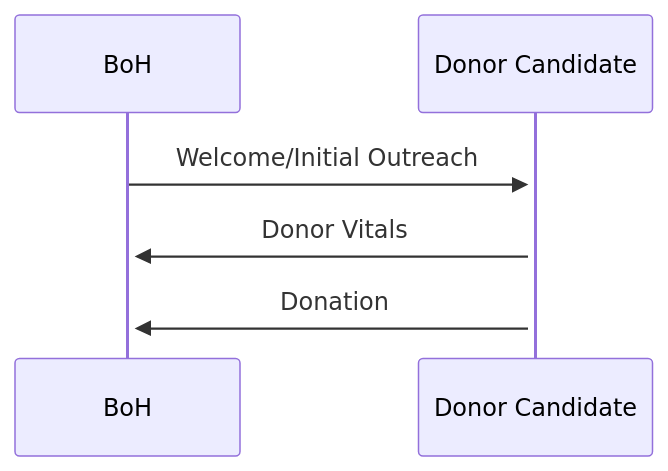
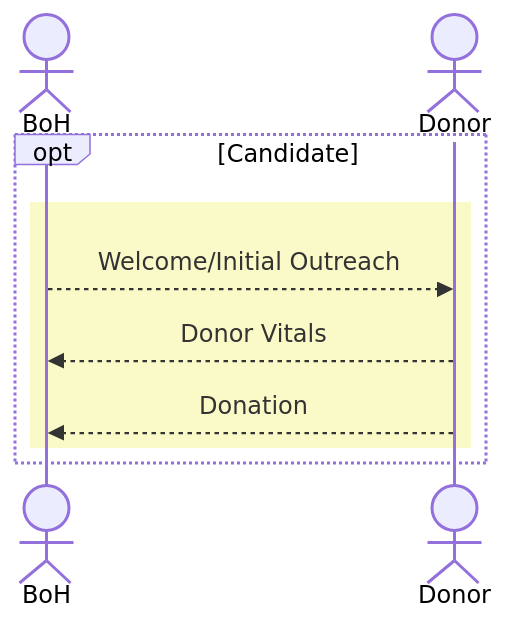
The first of 4 diagrams in app/Docs/DonorWorkflows.md (Apistolic/boh-larament), drawn with Mermaid before and after one commit.

````diff
--- a/app/Docs/DonorWorkflows.md
+++ b/app/Docs/DonorWorkflows.md
@@ -11,6 +11,12 @@
 ```mermaid
 sequenceDiagram
-    BoH->>+Donor Candidate: Welcome/Initial Outreach
-    Donor Candidate->>+BoH: Donor Vitals
-    Donor Candidate->>+BoH: Donation
+    actor B1 as BoH
+    actor D1 as Donor
+    opt Candidate
+        rect rgb(250,250,200)
+        B1 -->> D1: Welcome/Initial Outreach
+        D1 -->> B1: Donor Vitals
+        D1 -->> B1: Donation
+        end
+    end
 ```
````
